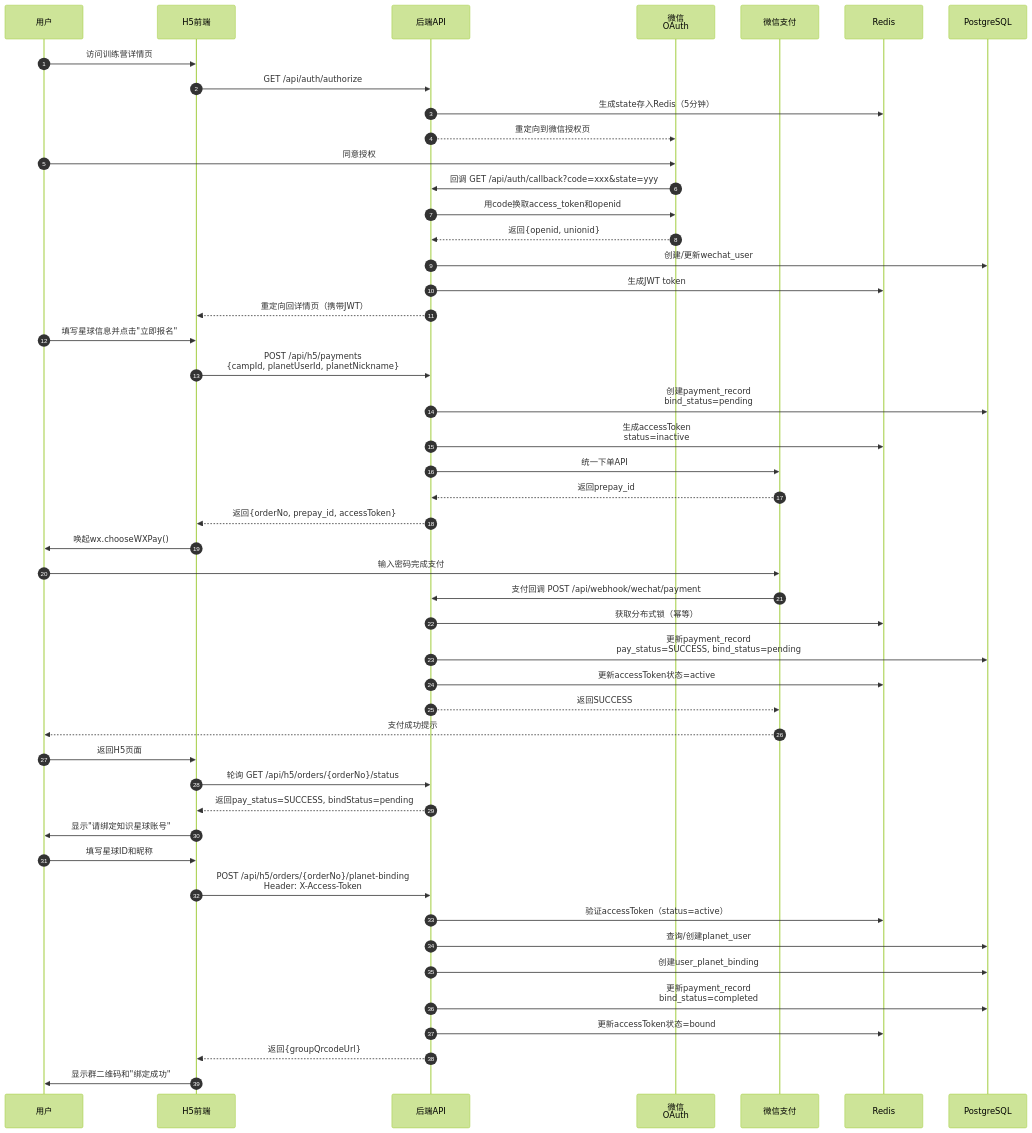
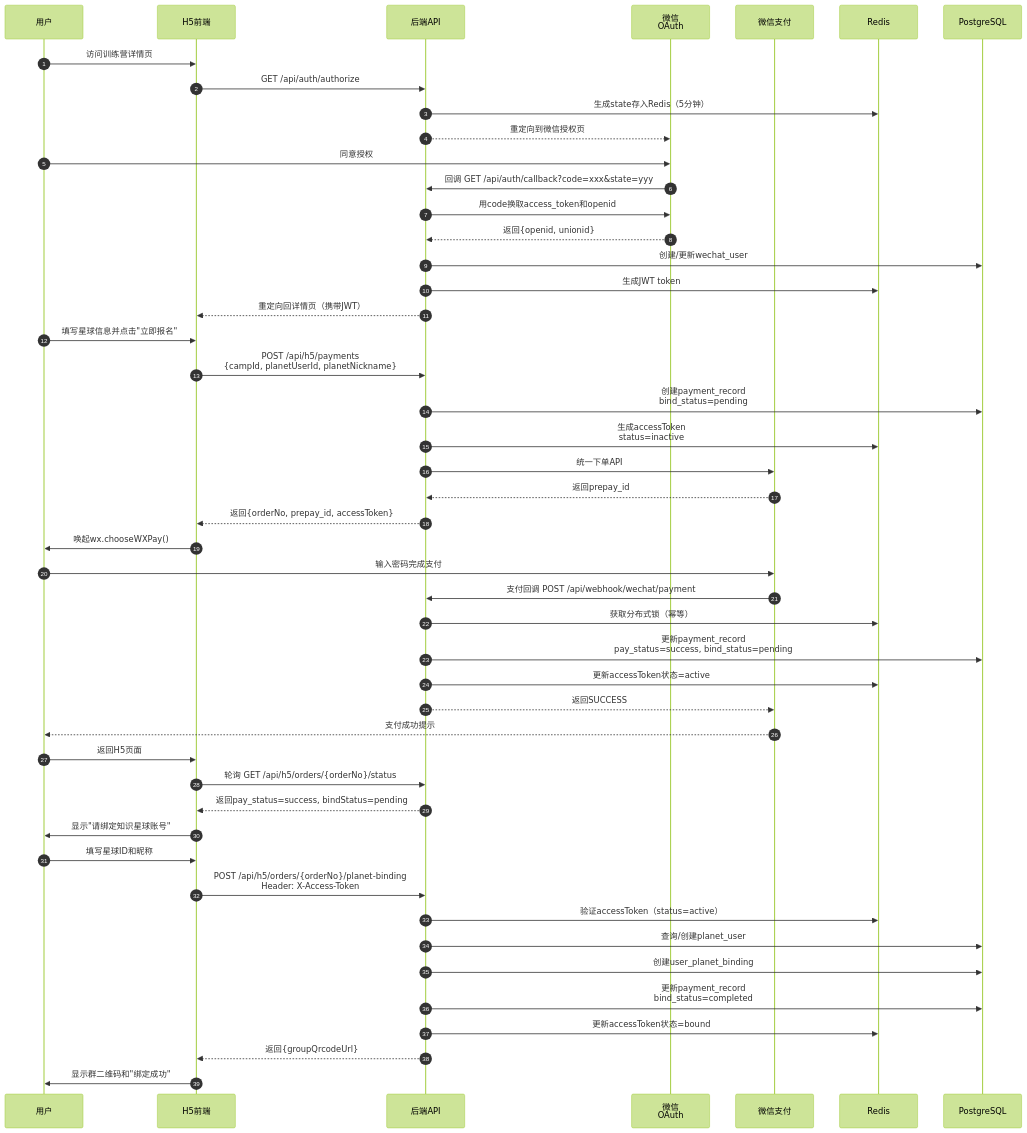
One commit to yiancode/AutoDepositRefundAgent changed the first of 3 diagrams in docs/v1/user-stories/EP02-会员报名与支付.md. Above: the diagram before and after it, drawn with Mermaid (forest theme). The commit also changed other lines of this file and 15 other files, not shown here.

````diff
--- a/docs/v1/user-stories/EP02-会员报名与支付.md
+++ b/docs/v1/user-stories/EP02-会员报名与支付.md
@@ -667,58 +667,58 @@
 ```mermaid
 sequenceDiagram
     autonumber
     participant User as 用户
     participant H5 as H5前端
     participant API as 后端API
     participant OAuth as 微信<br/>OAuth
     participant WXPay as 微信支付
     participant Redis
     participant DB as PostgreSQL
 
     %% 阶段1: OAuth授权
     User->>H5: 访问训练营详情页
     H5->>API: GET /api/auth/authorize
     API->>Redis: 生成state存入Redis（5分钟）
     API-->>OAuth: 重定向到微信授权页
     User->>OAuth: 同意授权
     OAuth->>API: 回调 GET /api/auth/callback?code=xxx&state=yyy
     API->>OAuth: 用code换取access_token和openid
     OAuth-->>API: 返回{openid, unionid}
     API->>DB: 创建/更新wechat_user
     API->>Redis: 生成JWT token
     API-->>H5: 重定向回详情页（携带JWT）
 
     %% 阶段2: 创建订单
     User->>H5: 填写星球信息并点击"立即报名"
     H5->>API: POST /api/h5/payments<br/>{campId, planetUserId, planetNickname}
     API->>DB: 创建payment_record<br/>bind_status=pending
     API->>Redis: 生成accessToken<br/>status=inactive
     API->>WXPay: 统一下单API
     WXPay-->>API: 返回prepay_id
     API-->>H5: 返回{orderNo, prepay_id, accessToken}
 
     %% 阶段3: 微信支付
     H5->>User: 唤起wx.chooseWXPay()
     User->>WXPay: 输入密码完成支付
     WXPay->>API: 支付回调 POST /api/webhook/wechat/payment
     API->>Redis: 获取分布式锁（幂等）
-    API->>DB: 更新payment_record<br/>pay_status=SUCCESS, bind_status=pending
+    API->>DB: 更新payment_record<br/>pay_status=success, bind_status=pending
     API->>Redis: 更新accessToken状态=active
     API-->>WXPay: 返回SUCCESS
 
     %% 阶段4: 绑定星球账号
     WXPay-->>User: 支付成功提示
     User->>H5: 返回H5页面
     H5->>API: 轮询 GET /api/h5/orders/{orderNo}/status
-    API-->>H5: 返回pay_status=SUCCESS, bindStatus=pending
+    API-->>H5: 返回pay_status=success, bindStatus=pending
     H5->>User: 显示"请绑定知识星球账号"
     User->>H5: 填写星球ID和昵称
     H5->>API: POST /api/h5/orders/{orderNo}/planet-binding<br/>Header: X-Access-Token
     API->>Redis: 验证accessToken（status=active）
     API->>DB: 查询/创建planet_user
     API->>DB: 创建user_planet_binding
     API->>DB: 更新payment_record<br/>bind_status=completed
     API->>Redis: 更新accessToken状态=bound
     API-->>H5: 返回{groupQrcodeUrl}
     H5->>User: 显示群二维码和"绑定成功"
 ```
````
